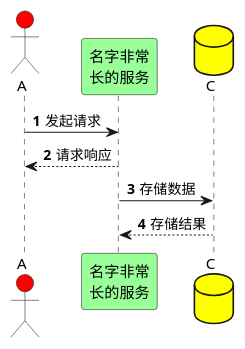
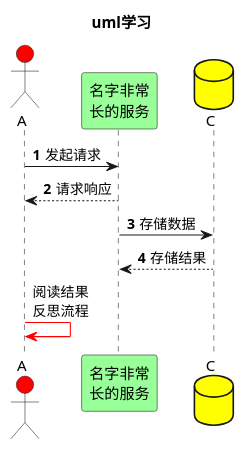
One commit to dictionaryshi/wxjj changed the diagram in diagram/Demo.puml. Above: the diagram before and after it, drawn with PlantUML.

Commit message:
Demo.puml

```diff
--- a/diagram/Demo.puml
+++ b/diagram/Demo.puml
@@ -1,16 +1,22 @@
 @startuml
 'uml学习'
 
-autonumber
+title uml学习
 
 actor A #red
 participant B as "名字非常\n长的服务" #99FF99
 database C #yellow
+
+autonumber 1
 
 A -> B: 发起请求
 B --> A: 请求响应
 
 B -> C: 存储数据
 B <-- C: 存储结果
 
+autonumber stop
+
+A-[#red]>A: 阅读结果\n反思流程
+
 @enduml
```
